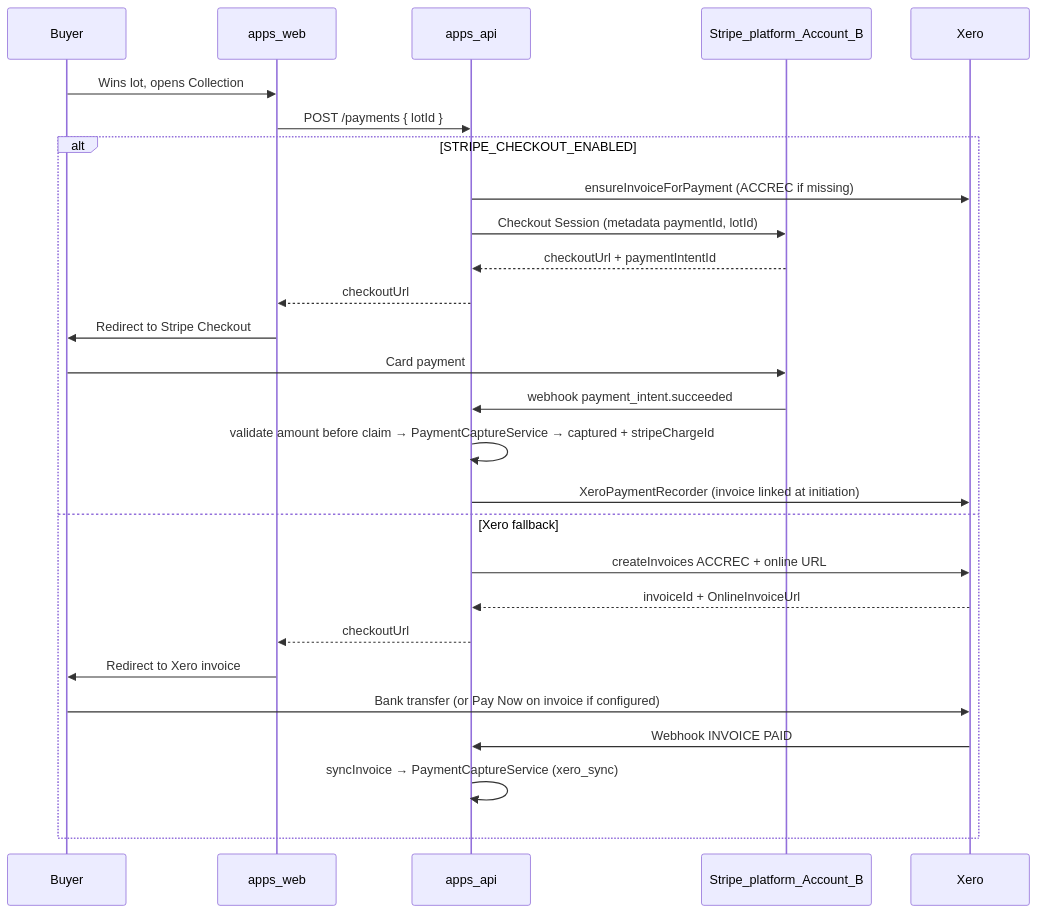
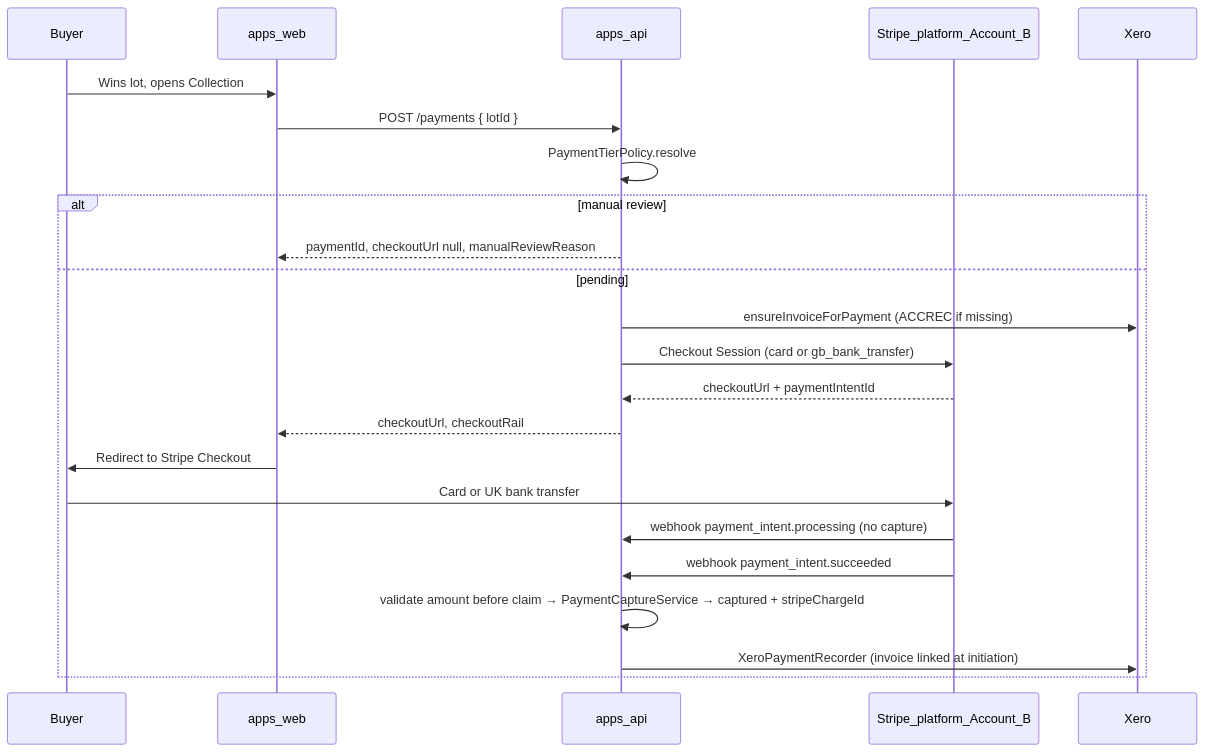
Before and after one commit to LAX-UK/monorepo: the diagram in docs/runbooks/buyer-payment-flow.md, drawn with Mermaid. The commit also changed other lines of this file and 76 other files, not shown here.

First line of the commit message:
feat(payments): Stripe-only tiered checkout with Xero ledger sync

````diff
--- a/docs/runbooks/buyer-payment-flow.md
+++ b/docs/runbooks/buyer-payment-flow.md
@@ -7,30 +18,26 @@
 ```mermaid
 sequenceDiagram
   participant Buyer
   participant Web as apps_web
   participant API as apps_api
   participant Stripe as Stripe_platform_Account_B
   participant Xero
 
   Buyer->>Web: Wins lot, opens Collection
   Web->>API: POST /payments { lotId }
-  alt STRIPE_CHECKOUT_ENABLED
+  API->>API: PaymentTierPolicy.resolve
+  alt manual review
+    API-->>Web: paymentId, checkoutUrl null, manualReviewReason
+  else pending
     API->>Xero: ensureInvoiceForPayment (ACCREC if missing)
-    API->>Stripe: Checkout Session (metadata paymentId, lotId)
+    API->>Stripe: Checkout Session (card or gb_bank_transfer)
     Stripe-->>API: checkoutUrl + paymentIntentId
-    API-->>Web: checkoutUrl
+    API-->>Web: checkoutUrl, checkoutRail
     Web->>Buyer: Redirect to Stripe Checkout
-    Buyer->>Stripe: Card payment
+    Buyer->>Stripe: Card or UK bank transfer
+    Stripe->>API: webhook payment_intent.processing (no capture)
     Stripe->>API: webhook payment_intent.succeeded
     API->>API: validate amount before claim → PaymentCaptureService → captured + stripeChargeId
     API->>Xero: XeroPaymentRecorder (invoice linked at initiation)
-  else Xero fallback
-    API->>Xero: createInvoices ACCREC + online URL
-    Xero-->>API: invoiceId + OnlineInvoiceUrl
-    API-->>Web: checkoutUrl
-    Web->>Buyer: Redirect to Xero invoice
-    Buyer->>Xero: Bank transfer (or Pay Now on invoice if configured)
-    Xero->>API: Webhook INVOICE PAID
-    API->>API: syncInvoice → PaymentCaptureService (xero_sync)
   end
 ```
````
